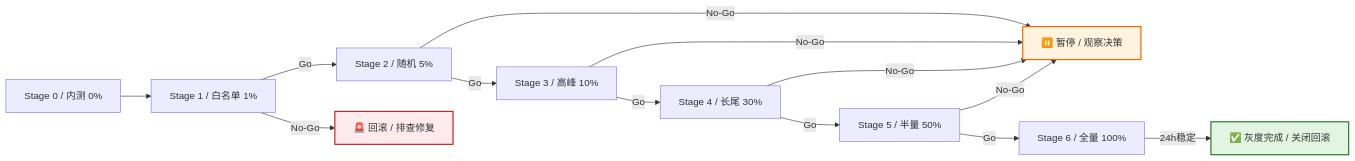
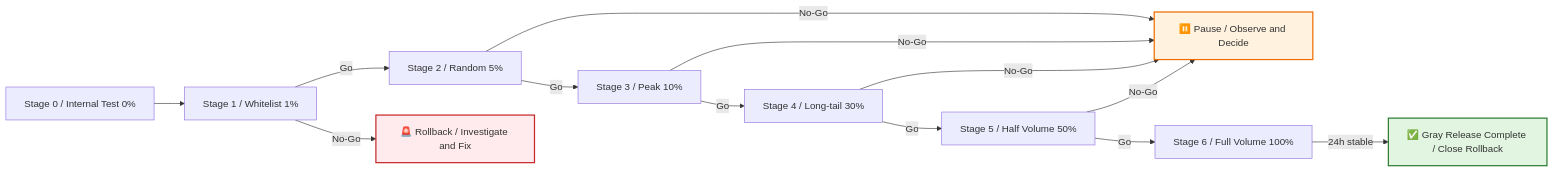
Before and after one commit to Kirky-X/cangjie: the sixth of 9 diagrams in templates/产品/交付层/【模板】灰度方案.md, drawn with Mermaid. The commit also changed other lines of this file and 60 other files, not shown here.

````diff
--- a/templates/产品/交付层/【模板】灰度方案.md
+++ b/templates/产品/交付层/【模板】灰度方案.md
@@ -317,19 +317,19 @@
 ```mermaid
 flowchart LR
-    S0[Stage 0 / 内测 0%] --> S1[Stage 1 / 白名单 1%]
-    S1 -->|Go| S2[Stage 2 / 随机 5%]
-    S1 -->|No-Go| R1[🚨 回滚 / 排查修复]
-    S2 -->|Go| S3[Stage 3 / 高峰 10%]
-    S2 -->|No-Go| R2[⏸️ 暂停 / 观察决策]
-    S3 -->|Go| S4[Stage 4 / 长尾 30%]
+    S0[Stage 0 / Internal Test 0%] --> S1[Stage 1 / Whitelist 1%]
+    S1 -->|Go| S2[Stage 2 / Random 5%]
+    S1 -->|No-Go| R1[🚨 Rollback / Investigate and Fix]
+    S2 -->|Go| S3[Stage 3 / Peak 10%]
+    S2 -->|No-Go| R2[⏸️ Pause / Observe and Decide]
+    S3 -->|Go| S4[Stage 4 / Long-tail 30%]
     S3 -->|No-Go| R2
-    S4 -->|Go| S5[Stage 5 / 半量 50%]
+    S4 -->|Go| S5[Stage 5 / Half Volume 50%]
     S4 -->|No-Go| R2
-    S5 -->|Go| S6[Stage 6 / 全量 100%]
+    S5 -->|Go| S6[Stage 6 / Full Volume 100%]
     S5 -->|No-Go| R2
-    S6 -->|24h稳定| E[✅ 灰度完成 / 关闭回滚]
+    S6 -->|24h stable| E[✅ Gray Release Complete / Close Rollback]
 
     style R1 fill:#ffebee,stroke:#c62828,stroke-width:2px
     style R2 fill:#fff3e0,stroke:#ef6c00,stroke-width:2px
     style E fill:#e1f5e1,stroke:#2e7d32,stroke-width:2px
 ```
````
